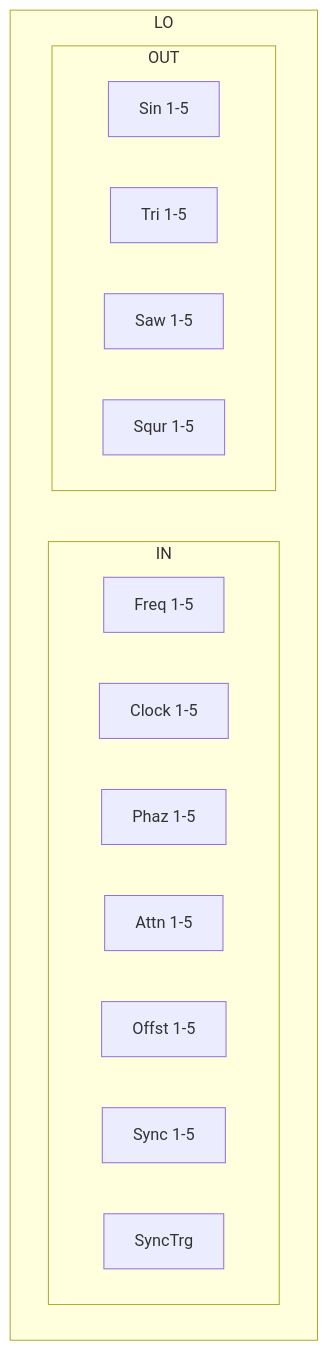
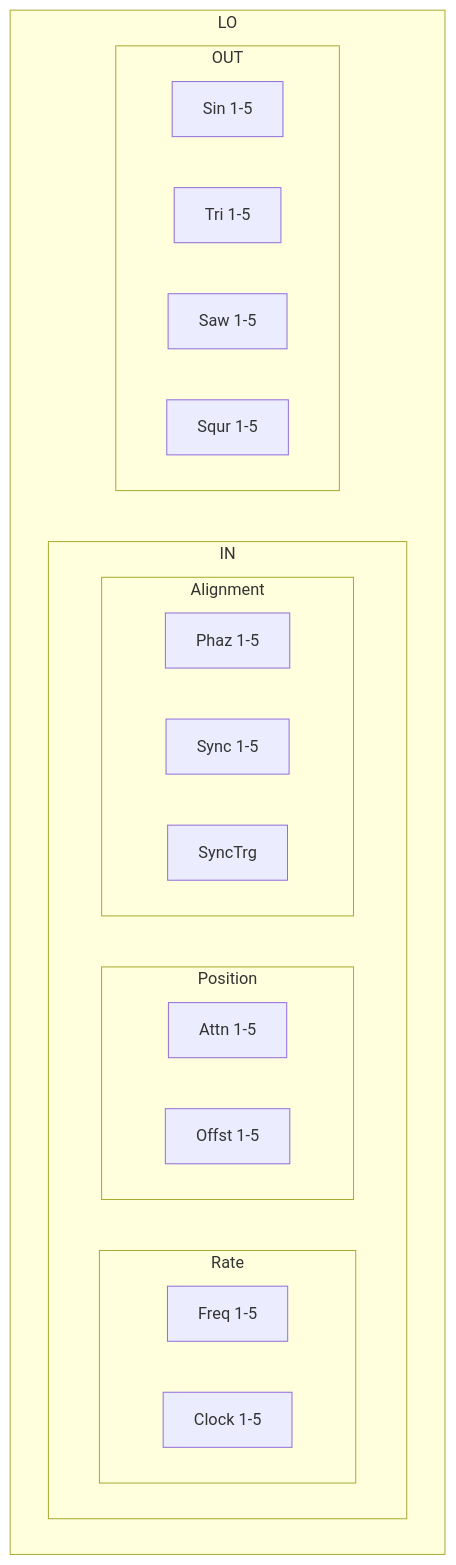
One commit to acumartini/dectet-public changed the eighth of 30 diagrams in README.md. Above: the diagram before and after it, drawn with Mermaid. The commit also changed other lines of this file, not shown here.

Commit message:
WIP: test markdown links in mermaid

````diff
--- a/README.md
+++ b/README.md
@@ -839,22 +863,31 @@
 ```mermaid
 flowchart TD
   subgraph LO
     subgraph LO_IN[IN]
       direction LR
-        LO_IN_Freq[Freq 1-5]
-        LO_IN_Clock[Clock 1-5]
-        LO_IN_Phaz[Phaz 1-5]
-        LO_IN_Attn[Attn 1-5]
-        LO_IN_Offst[Offst 1-5]
-        LO_IN_Sync[Sync 1-5]
-        LO_IN_SyncTrg[SyncTrg]
+        subgraph LO_IN_Rate[Rate]
+          direction LR
+            LO_IN_Freq[Freq 1-5]
+            LO_IN_Clock[Clock 1-5]
+        end
+        subgraph LO_IN_Position[Position]
+          direction LR
+            LO_IN_Attn[Attn 1-5]
+            LO_IN_Offst[Offst 1-5]
+        end
+        subgraph LO_IN_Alignment[Alignment]
+          direction LR
+            LO_IN_Phaz[Phaz 1-5]
+            LO_IN_Sync[Sync 1-5]
+            LO_IN_SyncTrg[SyncTrg]
+        end
     end
     subgraph LO_OUT[OUT]
       direction LR
         LO_OUT_Sin[Sin 1-5]
         LO_OUT_Tri[Tri 1-5]
         LO_OUT_Saw[Saw 1-5]
         LO_OUT_Squr[Squr 1-5]
     end
   end
 ```
````
